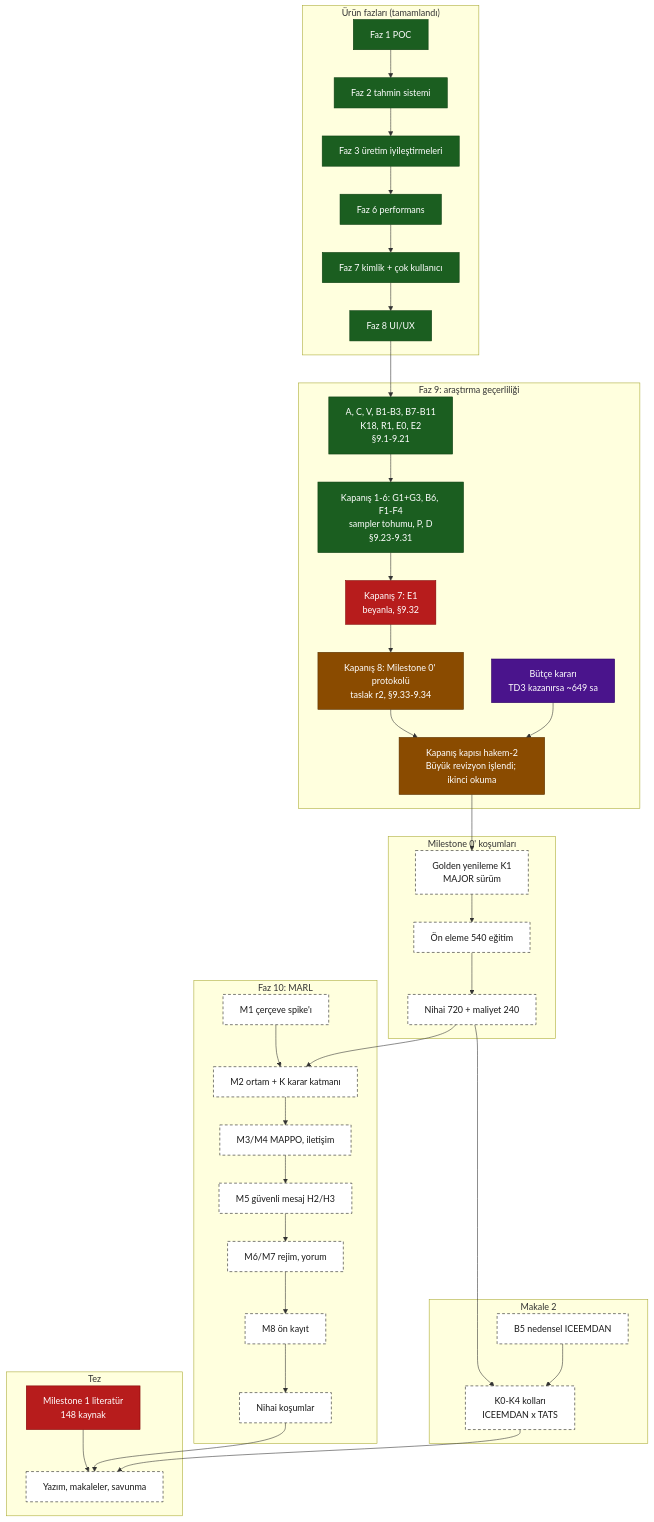
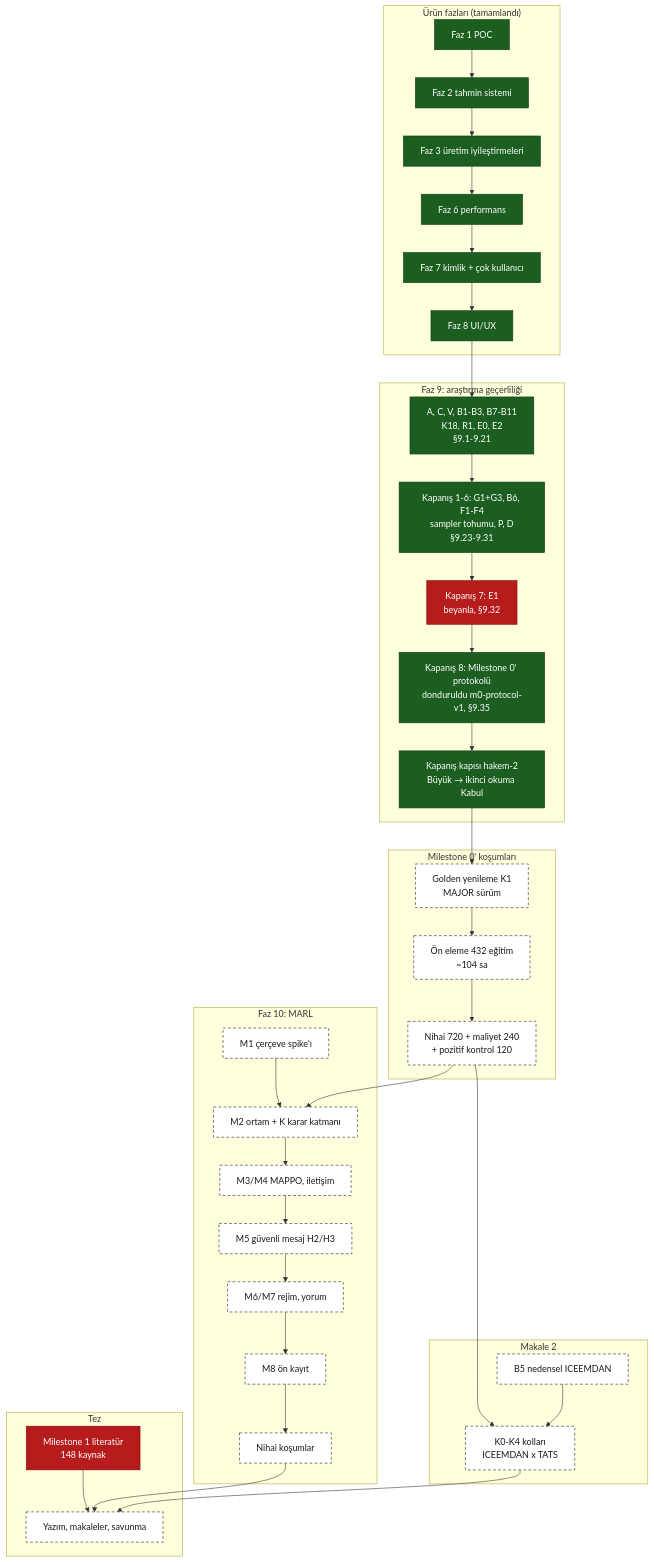
Before and after one commit to softdevcan/RL-Trading-Project: the second of 2 diagrams in docs/development/system-map.md, drawn with Mermaid. The commit also changed other lines of this file and 8 other files, not shown here.

First line of the commit message:
docs: Faz 9 kapanisi — Milestone 0' protokolu DONDURULDU (m0p-v1 r3), §9.35; surum v1.18.0

````diff
--- a/docs/development/system-map.md
+++ b/docs/development/system-map.md
@@ -112,63 +112,61 @@
 ```mermaid
 flowchart TB
   classDef done fill:#1b5e20,stroke:#0b3d10,color:#ffffff
   classDef partial fill:#b71c1c,stroke:#7f0000,color:#ffffff
   classDef active fill:#8a4b00,stroke:#5a3000,color:#ffffff
   classDef decision fill:#4a148c,stroke:#2a0060,color:#ffffff
   classDef planned fill:#ffffff,stroke:#1a1a1a,stroke-dasharray:5 4,color:#1a1a1a
 
   subgraph URUN["Ürün fazları (tamamlandı)"]
     F1["Faz 1 POC"]:::done
     F2["Faz 2 tahmin sistemi"]:::done
     F3["Faz 3 üretim iyileştirmeleri"]:::done
     F6["Faz 6 performans"]:::done
     F7["Faz 7 kimlik + çok kullanıcı"]:::done
     F8["Faz 8 UI/UX"]:::done
   end
 
   subgraph F9["Faz 9: araştırma geçerliliği"]
     P9A["A, C, V, B1-B3, B7-B11<br/>K18, R1, E0, E2<br/>§9.1-9.21"]:::done
     P9B["Kapanış 1-6: G1+G3, B6, F1-F4<br/>sampler tohumu, P, D<br/>§9.23-9.31"]:::done
     P9E["Kapanış 7: E1<br/>beyanla, §9.32"]:::partial
-    P9M["Kapanış 8: Milestone 0' protokolü<br/>taslak r2, §9.33-9.34"]:::active
-    H2["Kapanış kapısı hakem-2<br/>Büyük revizyon işlendi; ikinci okuma"]:::active
-    KD["Bütçe kararı<br/>TD3 kazanırsa ~649 sa"]:::decision
+    P9M["Kapanış 8: Milestone 0' protokolü<br/>donduruldu m0-protocol-v1, §9.35"]:::done
+    H2["Kapanış kapısı hakem-2<br/>Büyük → ikinci okuma Kabul"]:::done
   end
 
   subgraph M0["Milestone 0' koşumları"]
     GOLD["Golden yenileme K1<br/>MAJOR sürüm"]:::planned
-    PRE["Ön eleme 540 eğitim"]:::planned
-    FIN["Nihai 720 + maliyet 240"]:::planned
+    PRE["Ön eleme 432 eğitim<br/>~104 sa"]:::planned
+    FIN["Nihai 720 + maliyet 240<br/>+ pozitif kontrol 120"]:::planned
   end
 
   subgraph M2P["Makale 2"]
     B5["B5 nedensel ICEEMDAN"]:::planned
     K0K4["K0-K4 kolları<br/>ICEEMDAN x TATS"]:::planned
   end
 
   subgraph F10["Faz 10: MARL"]
     M1["M1 çerçeve spike'ı"]:::planned
     M2["M2 ortam + K karar katmanı"]:::planned
     M34["M3/M4 MAPPO, iletişim"]:::planned
     M5["M5 güvenli mesaj H2/H3"]:::planned
     M67["M6/M7 rejim, yorum"]:::planned
     M8["M8 ön kayıt"]:::planned
     FINAL["Nihai koşumlar"]:::planned
   end
 
   subgraph TEZ["Tez"]
     T1["Milestone 1 literatür<br/>148 kaynak"]:::partial
     T4["Yazım, makaleler, savunma"]:::planned
   end
 
   F1 --> F2 --> F3 --> F6 --> F7 --> F8 --> P9A --> P9B --> P9E --> P9M --> H2
-  KD --> H2
   H2 --> GOLD --> PRE --> FIN
   FIN --> K0K4
   B5 --> K0K4
   M1 --> M2
   FIN --> M2 --> M34 --> M5 --> M67 --> M8 --> FINAL
   T1 --> T4
   FINAL --> T4
   K0K4 --> T4
 ```
````
